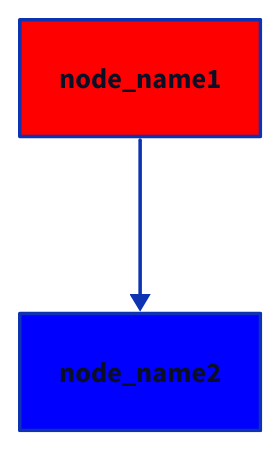
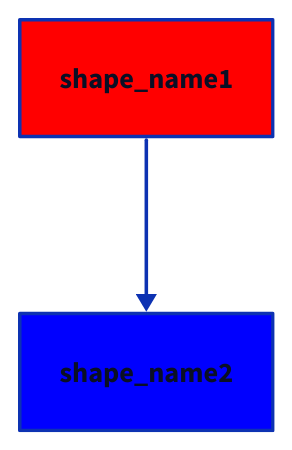
The diagram in README.md (MrBlenny/py-d2), drawn with D2 before and after one commit. The commit also changed other lines of this file, not shown here.

````diff
--- a/README.md
+++ b/README.md
@@ -34,15 +34,15 @@
 ```d2
 
-node_name1: {
+shape_name1: {
   style: {
     fill: red
   }
 }
-node_name2: {
+shape_name2: {
   style: {
     fill: blue
   }
 }
-node_name1 -> node_name2
+shape_name1 -> shape_name2
 
 ```
````
